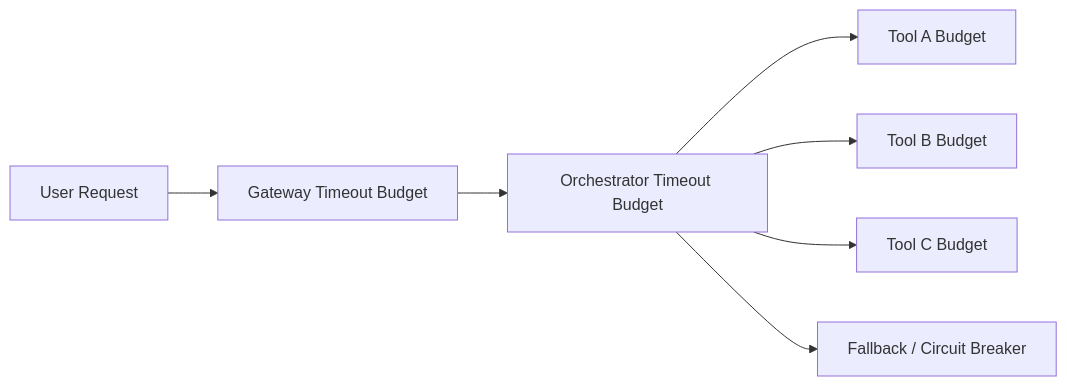
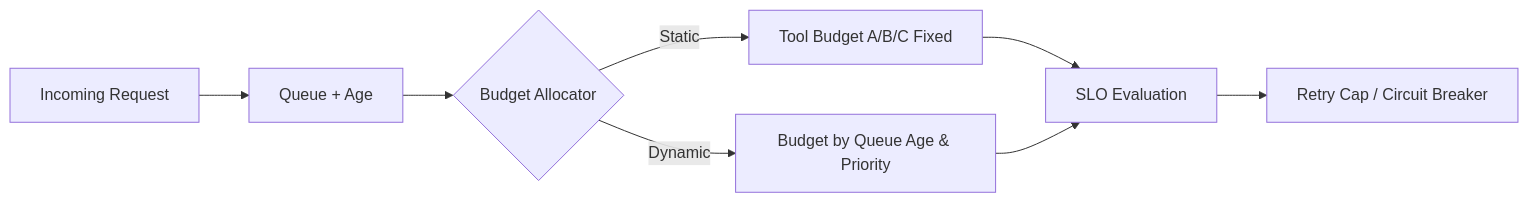
The diagram in workshops/azure-agent-infra/agent-tool-timeout-budget-selection-faq.en.md (turbo998/ai-infra-lab), drawn with Mermaid before and after one commit. The commit also changed other lines of this file and 40 other files, not shown here.

````diff
--- a/workshops/azure-agent-infra/agent-tool-timeout-budget-selection-faq.en.md
+++ b/workshops/azure-agent-infra/agent-tool-timeout-budget-selection-faq.en.md
@@ -23,9 +24,10 @@
 ```mermaid
 flowchart LR
-  U[User Request] --> G[Gateway Timeout Budget]
-  G --> O[Orchestrator Timeout Budget]
-  O --> T1[Tool A Budget]
-  O --> T2[Tool B Budget]
-  O --> T3[Tool C Budget]
-  O --> F[Fallback / Circuit Breaker]
+  Req[Incoming Request] --> Queue[Queue + Age]
+  Queue --> Alloc{Budget Allocator}
+  Alloc -->|Static| T1[Tool Budget A/B/C Fixed]
+  Alloc -->|Dynamic| T2[Budget by Queue Age & Priority]
+  T1 --> Eval[SLO Evaluation]
+  T2 --> Eval
+  Eval --> Fallback[Retry Cap / Circuit Breaker]
 ```
````
